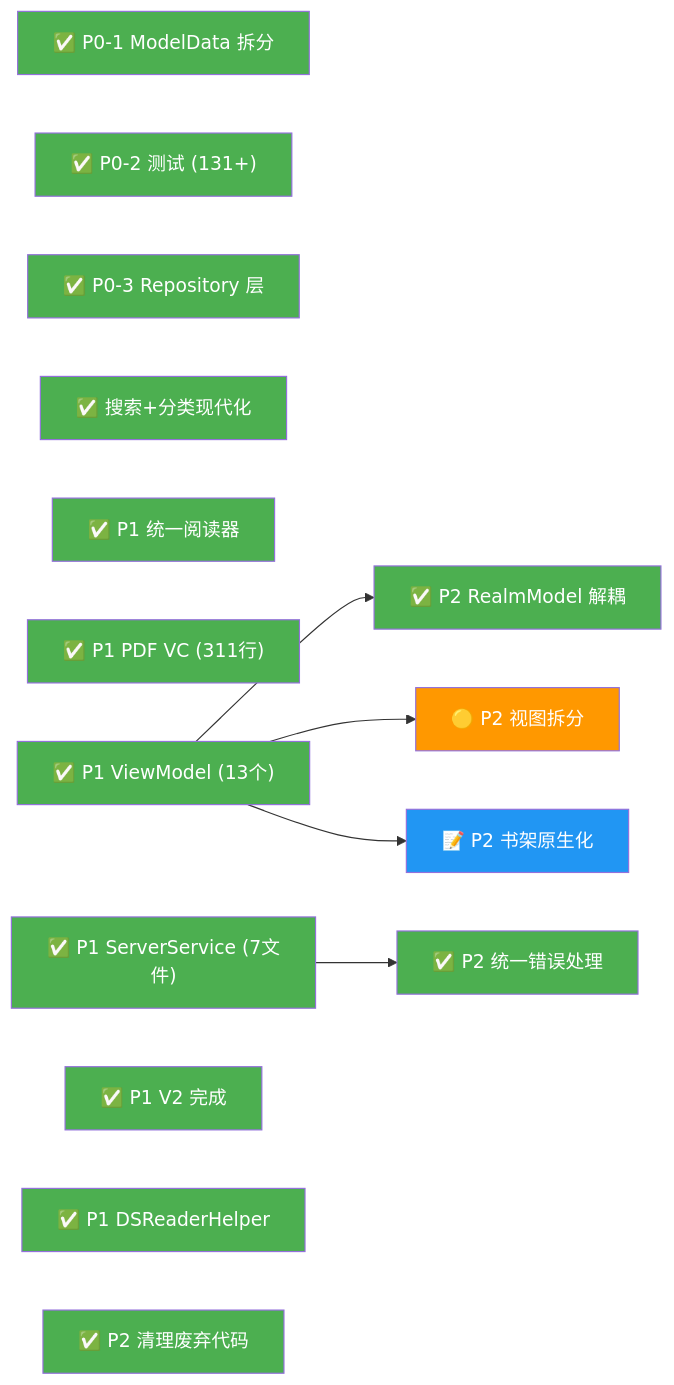
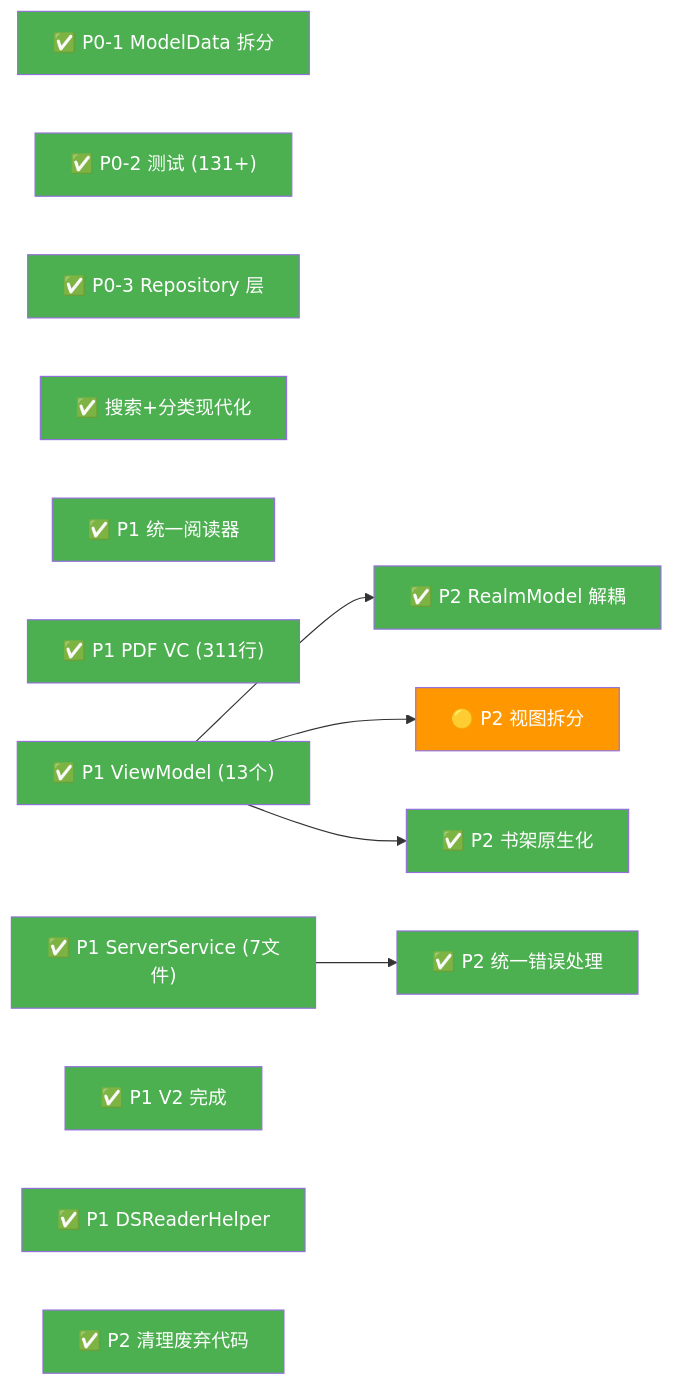
One commit to drearycold/YetAnotherEBookReader changed the third of 3 diagrams in .agents/plans/REFACTOR_PLAN.claude.progress.md. Above: the diagram before and after it, drawn with Mermaid. The commit also changed other lines of this file and 22 other files, not shown here.

````diff
--- a/.agents/plans/REFACTOR_PLAN.claude.progress.md
+++ b/.agents/plans/REFACTOR_PLAN.claude.progress.md
@@ -299,41 +297,41 @@
 ```mermaid
 graph LR
     P0_ModelData["✅ P0-1 ModelData 拆分"]
     P0_Test["✅ P0-2 测试 (131+)"]
     P0_Repo["✅ P0-3 Repository 层"]
     P0_Search["✅ 搜索+分类现代化"]
     
     P1_Reader["✅ P1 统一阅读器"]
     P1_PDF["✅ P1 PDF VC (311行)"]
     P1_VM["✅ P1 ViewModel (13个)"]
     P1_Network["✅ P1 ServerService (7文件)"]
     P1_V2["✅ P1 V2 完成"]
     P1_DSReader["✅ P1 DSReaderHelper"]
     
     P2_Clean["✅ P2 清理废弃代码"]
     P2_Realm["✅ P2 RealmModel 解耦"]
     P2_View["🟡 P2 视图拆分"]
-    P2_Shelf["📝 P2 书架原生化"]
+    P2_Shelf["✅ P2 书架原生化"]
     P2_Error["✅ P2 统一错误处理"]
 
     P1_Network --> P2_Error
     P1_VM --> P2_Realm
     P1_VM --> P2_View
     P1_VM --> P2_Shelf
     
     style P0_ModelData fill:#4CAF50,color:#fff
     style P0_Test fill:#4CAF50,color:#fff
     style P0_Repo fill:#4CAF50,color:#fff
     style P0_Search fill:#4CAF50,color:#fff
     style P1_Reader fill:#4CAF50,color:#fff
     style P1_PDF fill:#4CAF50,color:#fff
     style P1_VM fill:#4CAF50,color:#fff
     style P1_Network fill:#4CAF50,color:#fff
     style P1_V2 fill:#4CAF50,color:#fff
     style P1_DSReader fill:#4CAF50,color:#fff
     style P2_Clean fill:#4CAF50,color:#fff
     style P2_Realm fill:#4CAF50,color:#fff
     style P2_View fill:#FF9800,color:#fff
-    style P2_Shelf fill:#2196F3,color:#fff
+    style P2_Shelf fill:#4CAF50,color:#fff
     style P2_Error fill:#4CAF50,color:#fff
 ```
````
